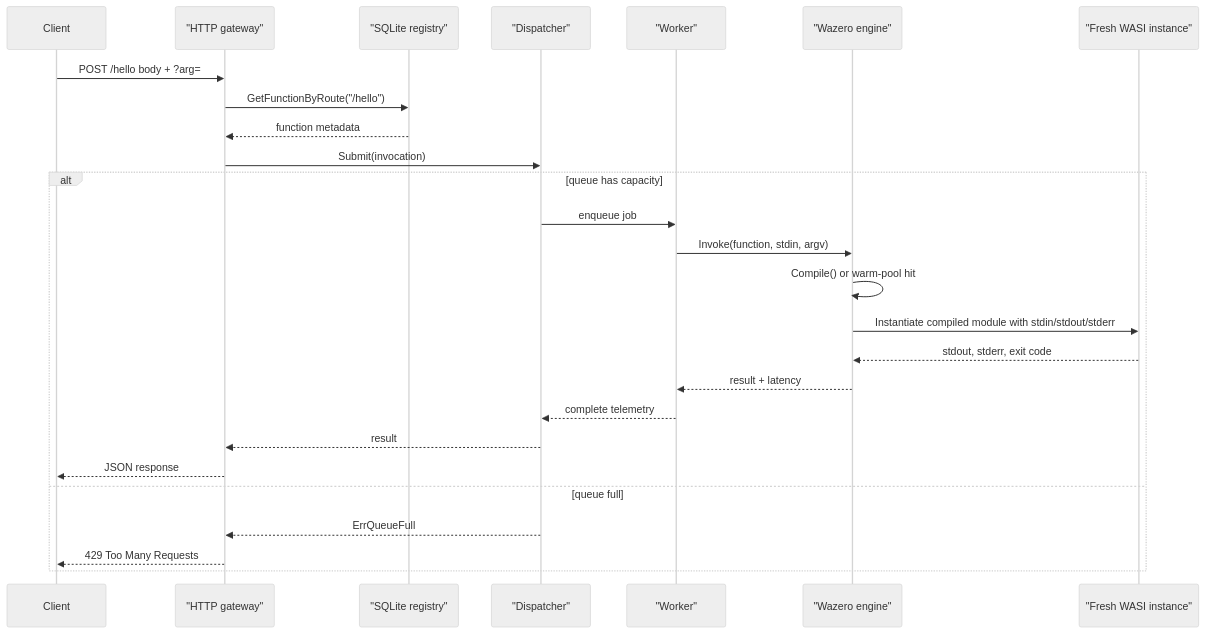
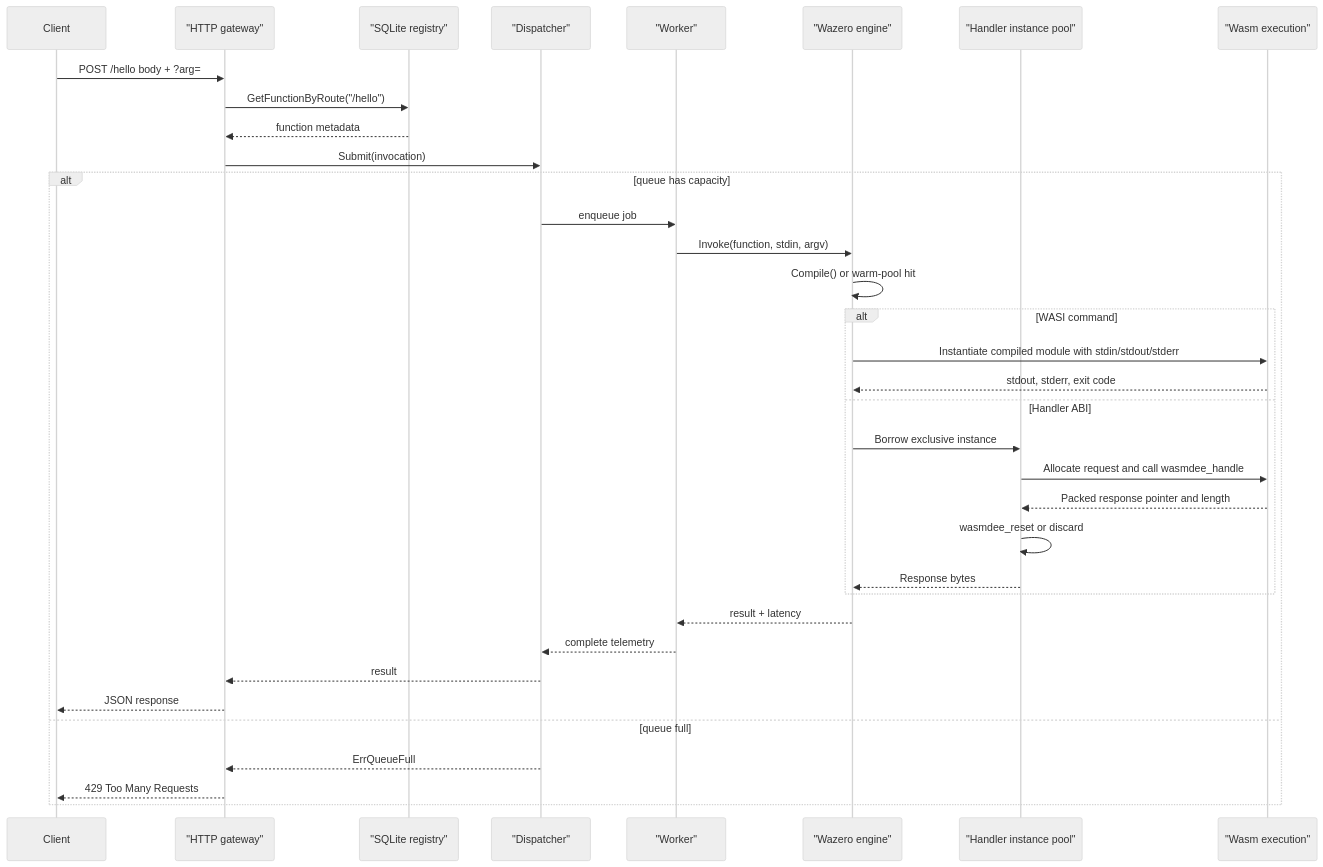
The fourth of 8 diagrams in docs/tracing.md (AppajiDheeraj/wasmdee), drawn with Mermaid (neutral theme) before and after one commit. The commit also changed other lines of this file and 47 other files, not shown here.

Commit message:
feat: Implement handler instance pooling and deployment policies

````diff
--- a/docs/tracing.md
+++ b/docs/tracing.md
@@ -123,29 +123,38 @@
 ```mermaid
 sequenceDiagram
     participant Client
     participant Gateway as "HTTP gateway"
     participant DB as "SQLite registry"
     participant Dispatcher as "Dispatcher"
     participant Worker as "Worker"
     participant Engine as "Wazero engine"
-    participant Module as "Fresh WASI instance"
+    participant Pool as "Handler instance pool"
+    participant Module as "Wasm execution"
 
     Client->>Gateway: POST /hello body + ?arg=
     Gateway->>DB: GetFunctionByRoute("/hello")
     DB-->>Gateway: function metadata
     Gateway->>Dispatcher: Submit(invocation)
     alt queue has capacity
         Dispatcher->>Worker: enqueue job
         Worker->>Engine: Invoke(function, stdin, argv)
         Engine->>Engine: Compile() or warm-pool hit
-        Engine->>Module: Instantiate compiled module with stdin/stdout/stderr
-        Module-->>Engine: stdout, stderr, exit code
+        alt WASI command
+            Engine->>Module: Instantiate compiled module with stdin/stdout/stderr
+            Module-->>Engine: stdout, stderr, exit code
+        else Handler ABI
+            Engine->>Pool: Borrow exclusive instance
+            Pool->>Module: Allocate request and call wasmdee_handle
+            Module-->>Pool: Packed response pointer and length
+            Pool->>Pool: wasmdee_reset or discard
+            Pool-->>Engine: Response bytes
+        end
         Engine-->>Worker: result + latency
         Worker-->>Dispatcher: complete telemetry
         Dispatcher-->>Gateway: result
         Gateway-->>Client: JSON response
     else queue full
         Dispatcher-->>Gateway: ErrQueueFull
         Gateway-->>Client: 429 Too Many Requests
     end
 ```
````
